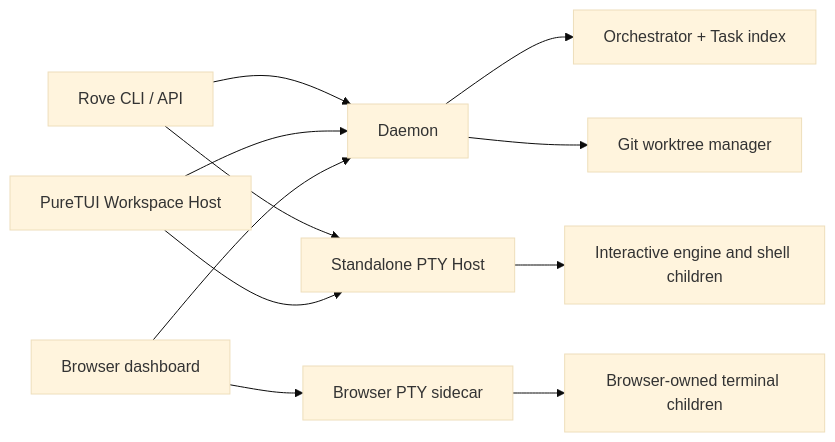
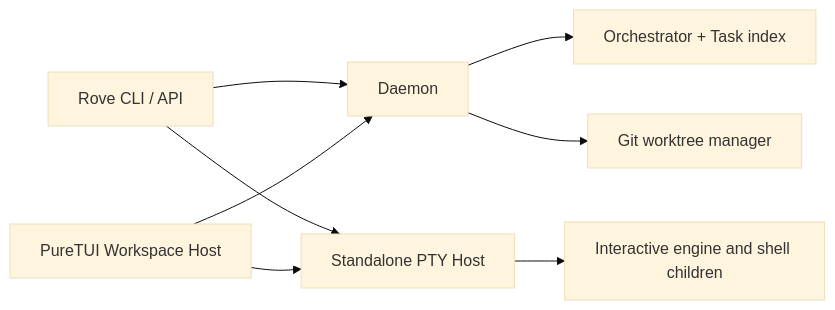
Before and after one commit to Sma1lboy/rove: the diagram in docs/ARCHITECTURE.md, drawn with Mermaid (base theme). The commit also changed other lines of this file and 206 other files, not shown here.

First line of the commit message:
chore: remove the browser dashboard, keep /harness

````diff
--- a/docs/ARCHITECTURE.md
+++ b/docs/ARCHITECTURE.md
@@ -5,13 +5,10 @@
 ```mermaid
 flowchart LR
   CLI["Rove CLI / API"] --> D["Daemon"]
   TUI["PureTUI Workspace Host"] --> D
-  WEB["Browser dashboard"] --> D
   D --> O["Orchestrator + Task index"]
   D --> G["Git worktree manager"]
   CLI --> P["Standalone PTY Host"]
   TUI --> P
   P --> E["Interactive engine and shell children"]
-  WEB --> BP["Browser PTY sidecar"]
-  BP --> BE["Browser-owned terminal children"]
 ```
````
